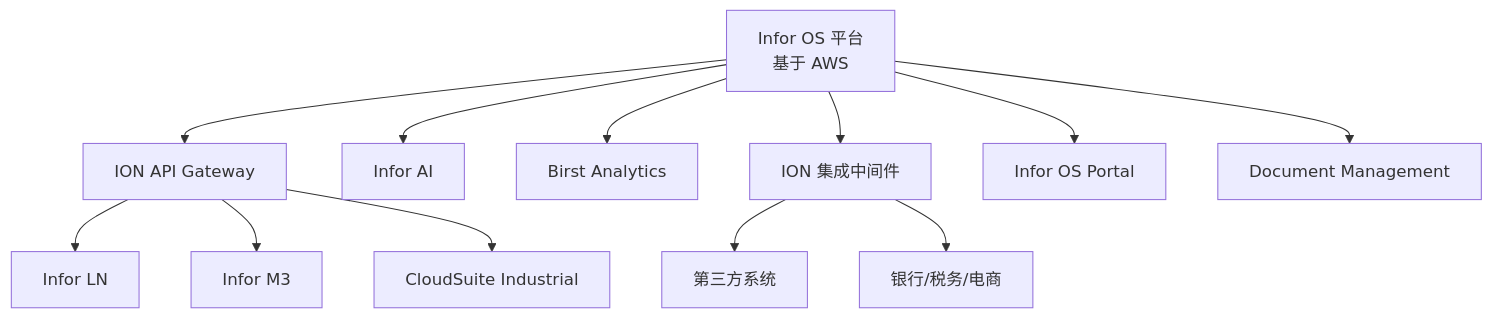
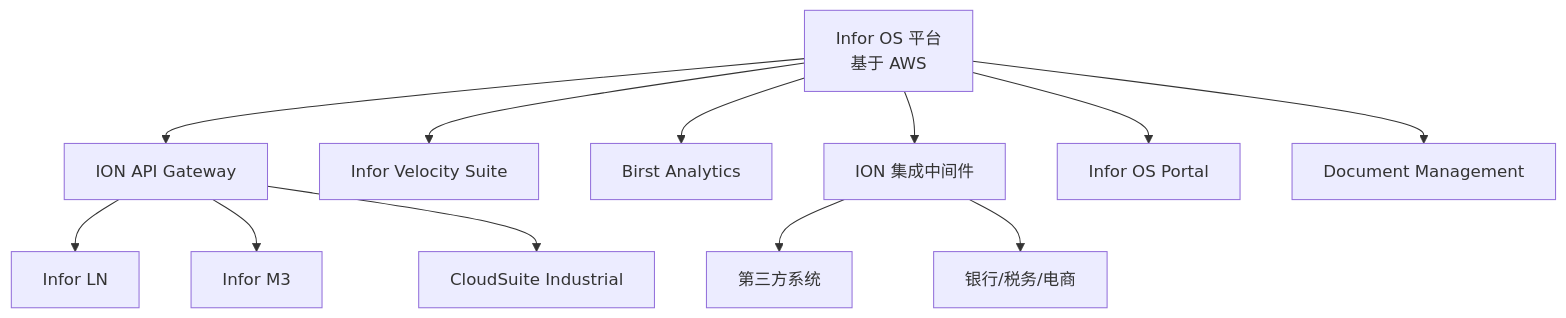
One commit to cuiwenyuan/infor-ecosystem-open-resources changed the diagram in docs/by-product/infor-os.md. Above: the diagram before and after it, drawn with Mermaid. The commit also changed other lines of this file and 11 other files, not shown here.

First line of the commit message:
内容大更新：新增行业动态页 + 版本动态同步至 2026.10 + 产品页补全 Velocity Suite/AI 与 Accure 工具

````diff
--- a/docs/by-product/infor-os.md
+++ b/docs/by-product/infor-os.md
@@ -75,16 +87,16 @@
 ```mermaid
 graph TB
     A[Infor OS 平台<br/>基于 AWS] --> B[ION API Gateway]
-    A --> C[Infor AI]
+    A --> C[Infor Velocity Suite]
     A --> D[Birst Analytics]
     A --> E[ION 集成中间件]
     A --> F[Infor OS Portal]
     A --> G[Document Management]
 
     B --> H[Infor LN]
     B --> I[Infor M3]
     B --> J[CloudSuite Industrial]
 
     E --> K[第三方系统]
     E --> L[银行/税务/电商]
 ```
````
